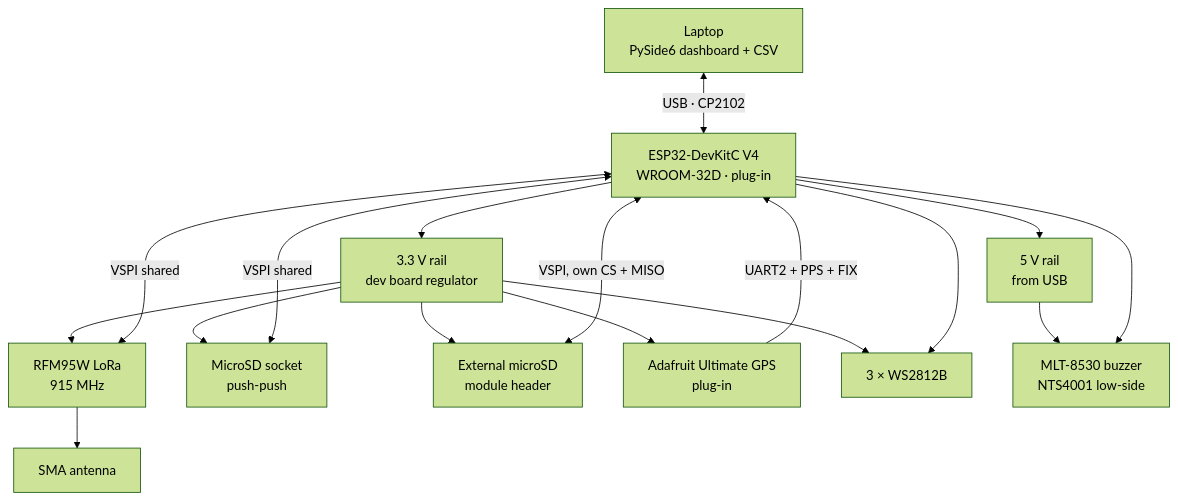
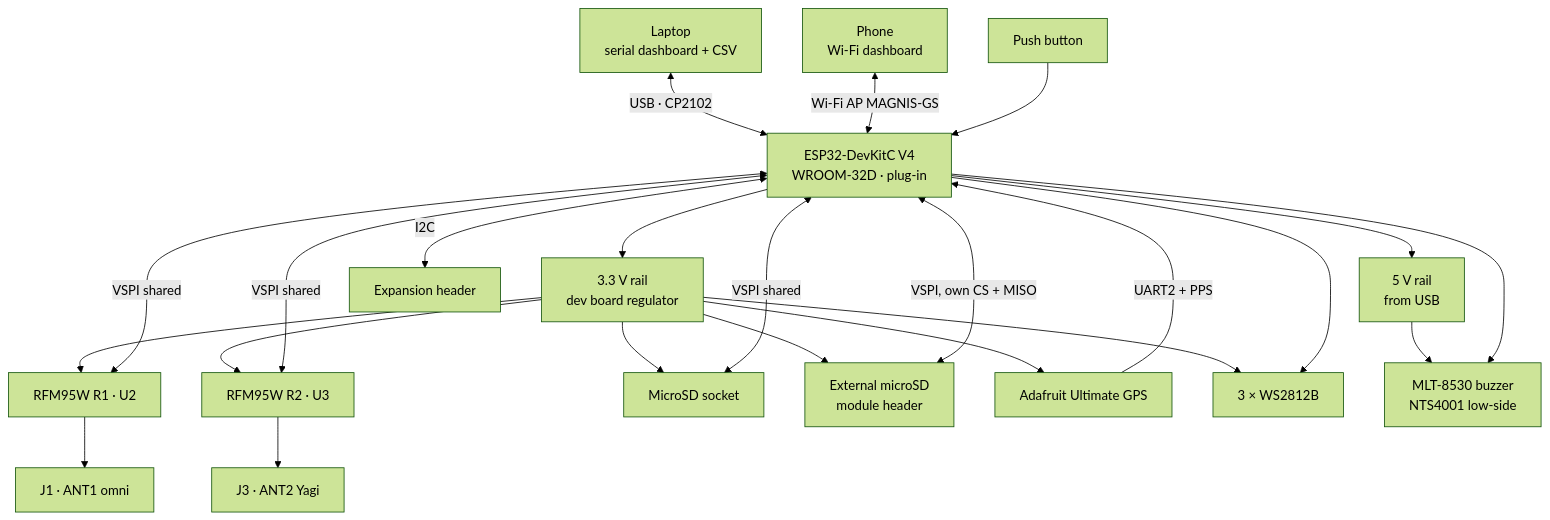
The diagram in README.md (Emilio-Guadarrama/MAGNIS-v1-GroundStation), drawn with Mermaid (forest theme) before and after one commit. The commit also changed other lines of this file, not shown here.

First line of the commit message:
Update README for the MAGNIS-v1 name

````diff
--- a/README.md
+++ b/README.md
@@ -78,23 +89,30 @@
 ```mermaid
 flowchart TD
-    PC[Laptop<br/>PySide6 dashboard + CSV]
+    PC[Laptop<br/>serial dashboard + CSV]
+    PHONE[Phone<br/>Wi-Fi dashboard]
     PC <-->|USB · CP2102| MCU[ESP32-DevKitC V4<br/>WROOM-32D · plug-in]
+    PHONE <-->|Wi-Fi AP MAGNIS-GS| MCU
 
     MCU --> RAIL5[5 V rail<br/>from USB]
     MCU --> RAIL33[3.3 V rail<br/>dev board regulator]
 
-    RAIL33 --> LORA[RFM95W LoRa<br/>915 MHz]
-    RAIL33 --> SD[MicroSD socket<br/>push-push]
+    RAIL33 --> R1[RFM95W R1 · U2]
+    RAIL33 --> R2[RFM95W R2 · U3]
+    RAIL33 --> SD[MicroSD socket]
     RAIL33 --> EXTSD[External microSD<br/>module header]
-    RAIL33 --> GNSS[Adafruit Ultimate GPS<br/>plug-in]
+    RAIL33 --> GNSS[Adafruit Ultimate GPS]
     RAIL33 --> LED[3 × WS2812B]
     RAIL5 --> BUZ[MLT-8530 buzzer<br/>NTS4001 low-side]
 
-    MCU <-->|VSPI shared| LORA
+    MCU <-->|VSPI shared| R1
+    MCU <-->|VSPI shared| R2
     MCU <-->|VSPI shared| SD
     MCU <-->|VSPI, own CS + MISO| EXTSD
-    LORA --> ANT[SMA antenna]
-    GNSS -->|UART2 + PPS + FIX| MCU
+    R1 --> ANT1[J1 · ANT1 omni]
+    R2 --> ANT2[J3 · ANT2 Yagi]
+    GNSS -->|UART2 + PPS| MCU
     MCU --> LED
     MCU --> BUZ
+    BTN[Push button] --> MCU
+    MCU <-->|I2C| EXP[Expansion header]
 ```
````
